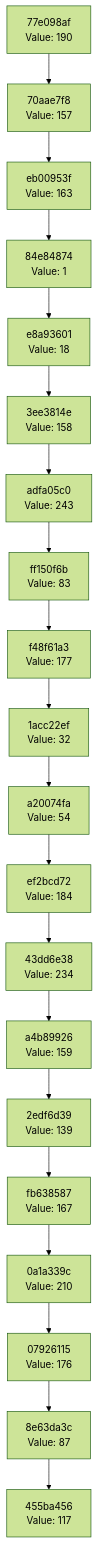
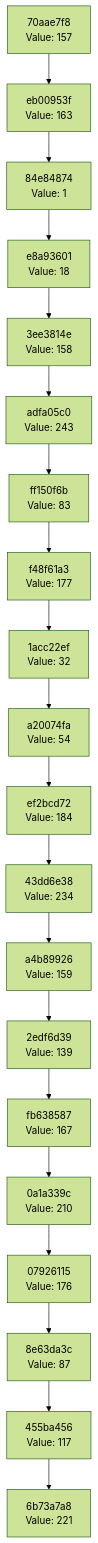
The diagram in docs/CHAIN_VISUALIZATION.md (Abhisheksinha1506/hash-chain-evolver), drawn with Mermaid (forest theme) before and after one commit. The commit also changed 1 other file, not shown here.

Commit message:
Evolution step: hash 0xDD → action executed

````diff
--- a/docs/CHAIN_VISUALIZATION.md
+++ b/docs/CHAIN_VISUALIZATION.md
@@ -3,42 +3,42 @@
 ```mermaid
 graph TD
-    C0["455ba456<br/>Value: 117"]
-    C1["8e63da3c<br/>Value: 87"]
+    C0["6b73a7a8<br/>Value: 221"]
+    C1["455ba456<br/>Value: 117"]
     C1 --> C0
-    C2["07926115<br/>Value: 176"]
+    C2["8e63da3c<br/>Value: 87"]
     C2 --> C1
-    C3["0a1a339c<br/>Value: 210"]
+    C3["07926115<br/>Value: 176"]
     C3 --> C2
-    C4["fb638587<br/>Value: 167"]
+    C4["0a1a339c<br/>Value: 210"]
     C4 --> C3
-    C5["2edf6d39<br/>Value: 139"]
+    C5["fb638587<br/>Value: 167"]
     C5 --> C4
-    C6["a4b89926<br/>Value: 159"]
+    C6["2edf6d39<br/>Value: 139"]
     C6 --> C5
-    C7["43dd6e38<br/>Value: 234"]
+    C7["a4b89926<br/>Value: 159"]
     C7 --> C6
-    C8["ef2bcd72<br/>Value: 184"]
+    C8["43dd6e38<br/>Value: 234"]
     C8 --> C7
-    C9["a20074fa<br/>Value: 54"]
+    C9["ef2bcd72<br/>Value: 184"]
     C9 --> C8
-    C10["1acc22ef<br/>Value: 32"]
+    C10["a20074fa<br/>Value: 54"]
     C10 --> C9
-    C11["f48f61a3<br/>Value: 177"]
+    C11["1acc22ef<br/>Value: 32"]
     C11 --> C10
-    C12["ff150f6b<br/>Value: 83"]
+    C12["f48f61a3<br/>Value: 177"]
     C12 --> C11
-    C13["adfa05c0<br/>Value: 243"]
+    C13["ff150f6b<br/>Value: 83"]
     C13 --> C12
-    C14["3ee3814e<br/>Value: 158"]
+    C14["adfa05c0<br/>Value: 243"]
     C14 --> C13
-    C15["e8a93601<br/>Value: 18"]
+    C15["3ee3814e<br/>Value: 158"]
     C15 --> C14
-    C16["84e84874<br/>Value: 1"]
+    C16["e8a93601<br/>Value: 18"]
     C16 --> C15
-    C17["eb00953f<br/>Value: 163"]
+    C17["84e84874<br/>Value: 1"]
     C17 --> C16
-    C18["70aae7f8<br/>Value: 157"]
+    C18["eb00953f<br/>Value: 163"]
     C18 --> C17
-    C19["77e098af<br/>Value: 190"]
+    C19["70aae7f8<br/>Value: 157"]
     C19 --> C18
 ```
````
